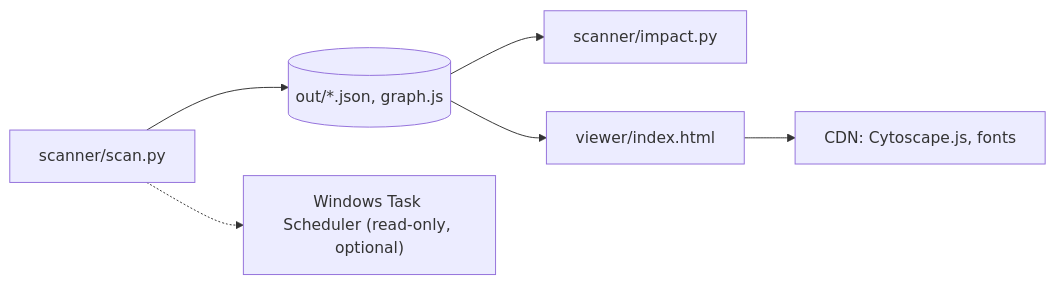
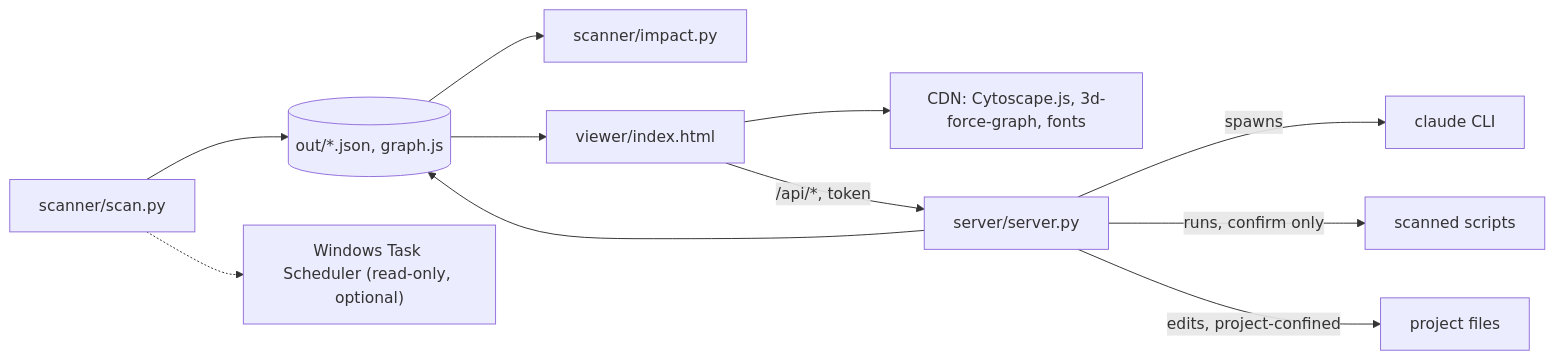
Before and after one commit to dnizdz/Agentic_View: the diagram in architecture.md, drawn with Mermaid. The commit also changed other lines of this file and 5 other files, not shown here.

Commit message:
feat: function-level scan, 3D view, local server with chat, scripts, files and Claude setup

````diff
--- a/architecture.md
+++ b/architecture.md
@@ -37,8 +45,13 @@
 ```mermaid
 flowchart LR
   scan["scanner/scan.py"] --> out[("out/*.json, graph.js")]
   out --> impact["scanner/impact.py"]
   out --> viewer["viewer/index.html"]
   scan -.-> sched["Windows Task Scheduler (read-only, optional)"]
-  viewer --> cdn["CDN: Cytoscape.js, fonts"]
+  viewer --> cdn["CDN: Cytoscape.js, 3d-force-graph, fonts"]
+  viewer -->|"/api/*, token"| server["server/server.py"]
+  server --> out
+  server -->|spawns| claude["claude CLI"]
+  server -->|runs, confirm only| scripts["scanned scripts"]
+  server -->|edits, project-confined| files["project files"]
 ```
````
